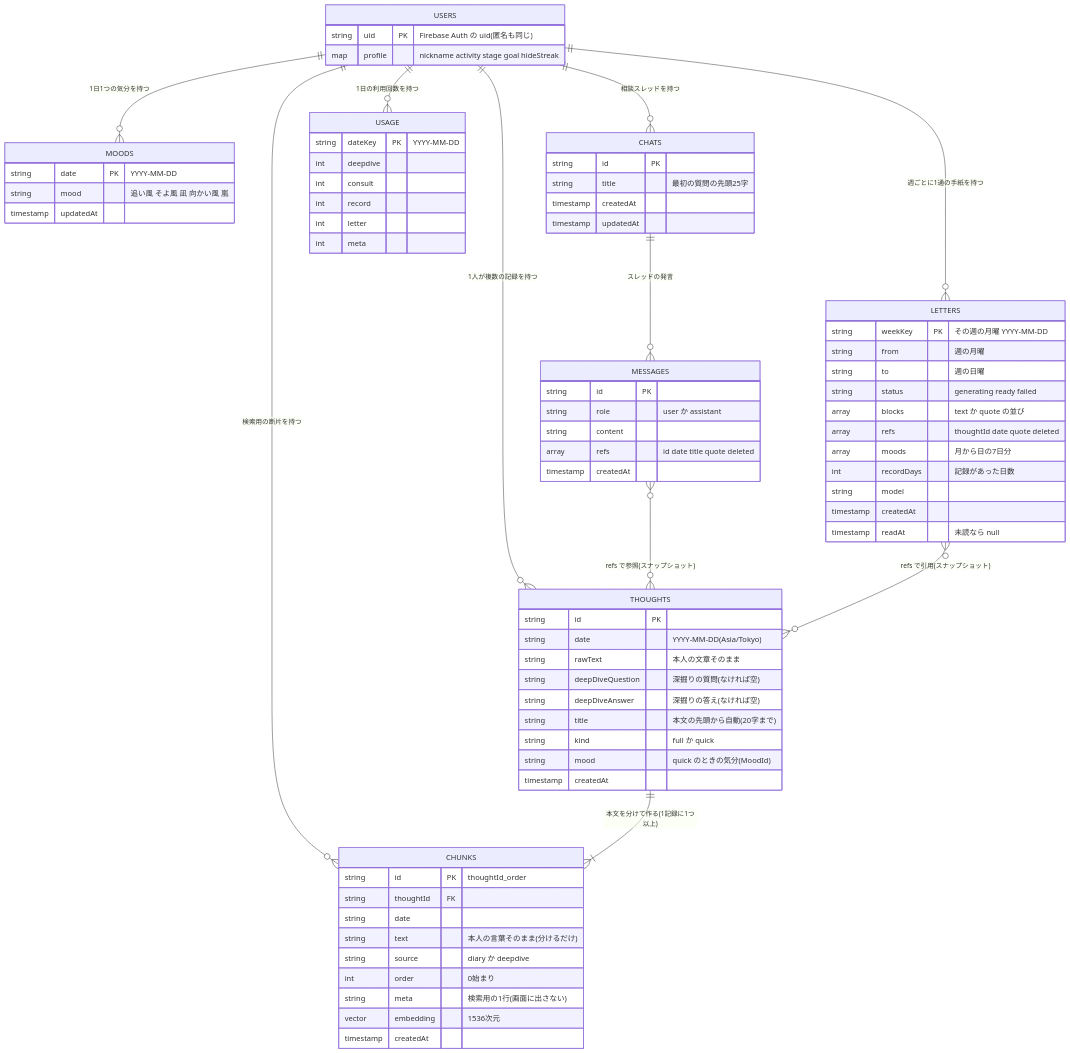
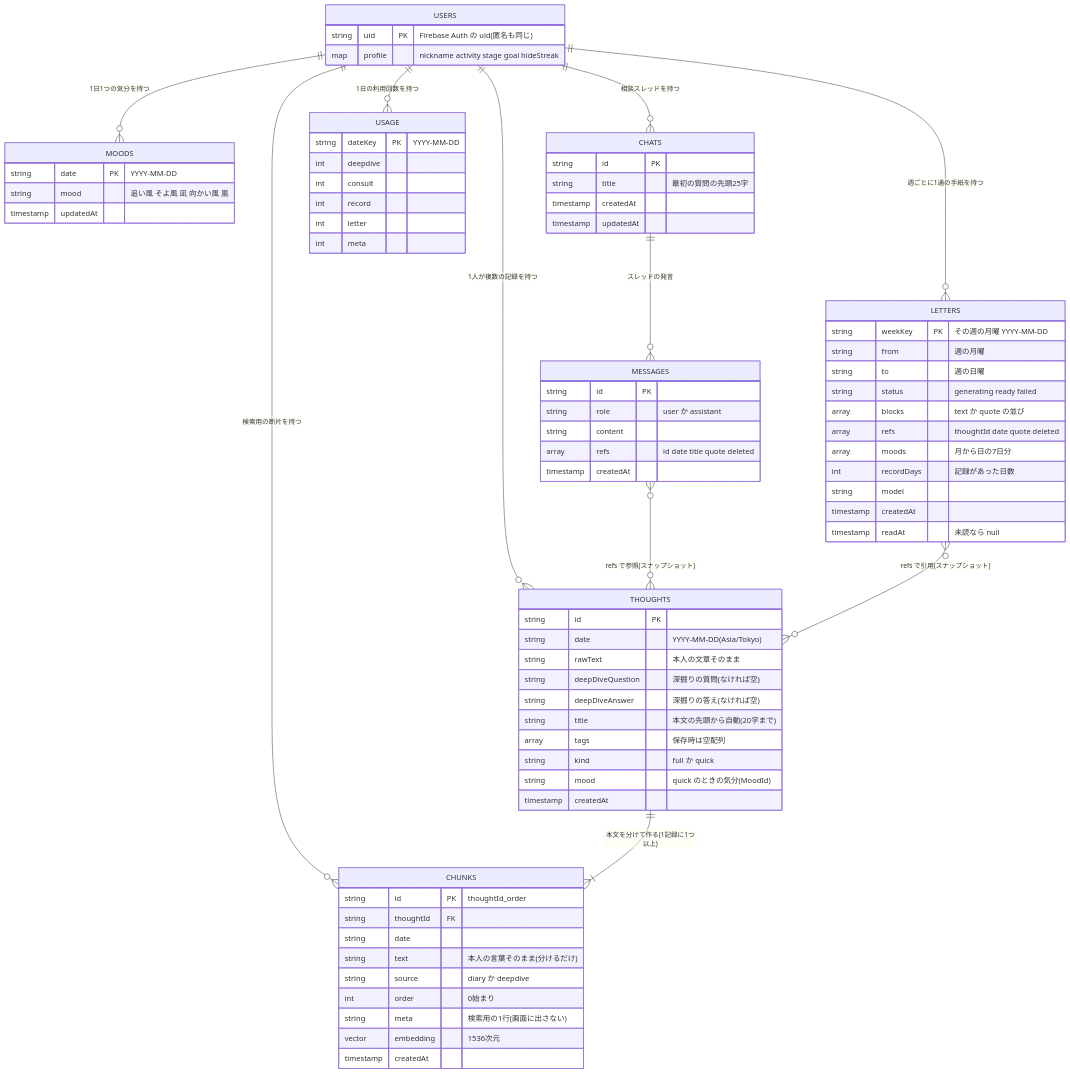
One commit to communitybrisbane/mindwind changed the diagram in docs/diagrams/er-firestore.md. Above: the diagram before and after it, drawn with Mermaid. The commit also changed other lines of this file and 9 other files, not shown here.

Commit message:
docs: 設計図から推測の記述を無くし、コードで確かめた事実に直す（手紙の失敗時の動き・設定からの遷移先）

````diff
--- a/docs/diagrams/er-firestore.md
+++ b/docs/diagrams/er-firestore.md
@@ -6,79 +6,80 @@
 ```mermaid
 erDiagram
     USERS ||--o{ THOUGHTS : "1人が複数の記録を持つ"
     USERS ||--o{ CHUNKS : "検索用の断片を持つ"
     USERS ||--o{ MOODS : "1日1つの気分を持つ"
     USERS ||--o{ LETTERS : "週ごとに1通の手紙を持つ"
     USERS ||--o{ CHATS : "相談スレッドを持つ"
     USERS ||--o{ USAGE : "1日の利用回数を持つ"
     THOUGHTS ||--|{ CHUNKS : "本文を分けて作る(1記録に1つ以上)"
     CHATS ||--o{ MESSAGES : "スレッドの発言"
     MESSAGES }o--o{ THOUGHTS : "refs で参照(スナップショット)"
     LETTERS }o--o{ THOUGHTS : "refs で引用(スナップショット)"
 
     USERS {
         string uid PK "Firebase Auth の uid(匿名も同じ)"
         map profile "nickname activity stage goal hideStreak"
     }
     THOUGHTS {
         string id PK
         string date "YYYY-MM-DD(Asia/Tokyo)"
         string rawText "本人の文章そのまま"
         string deepDiveQuestion "深掘りの質問(なければ空)"
         string deepDiveAnswer "深掘りの答え(なければ空)"
         string title "本文の先頭から自動(20字まで)"
+        array tags "保存時は空配列"
         string kind "full か quick"
         string mood "quick のときの気分(MoodId)"
         timestamp createdAt
     }
     CHUNKS {
         string id PK "thoughtId_order"
         string thoughtId FK
         string date
         string text "本人の言葉そのまま(分けるだけ)"
         string source "diary か deepdive"
         int order "0始まり"
         string meta "検索用の1行(画面に出さない)"
         vector embedding "1536次元"
         timestamp createdAt
     }
     MOODS {
         string date PK "YYYY-MM-DD"
         string mood "追い風 そよ風 凪 向かい風 嵐"
         timestamp updatedAt
     }
     LETTERS {
         string weekKey PK "その週の月曜 YYYY-MM-DD"
         string from "週の月曜"
         string to "週の日曜"
         string status "generating ready failed"
         array blocks "text か quote の並び"
         array refs "thoughtId date quote deleted"
         array moods "月から日の7日分"
         int recordDays "記録があった日数"
         string model
         timestamp createdAt
         timestamp readAt "未読なら null"
     }
     CHATS {
         string id PK
         string title "最初の質問の先頭25字"
         timestamp createdAt
         timestamp updatedAt
     }
     MESSAGES {
         string id PK
         string role "user か assistant"
         string content
         array refs "id date title quote deleted"
         timestamp createdAt
     }
     USAGE {
         string dateKey PK "YYYY-MM-DD"
         int deepdive
         int consult
         int record
         int letter
         int meta
     }
 ```
````
